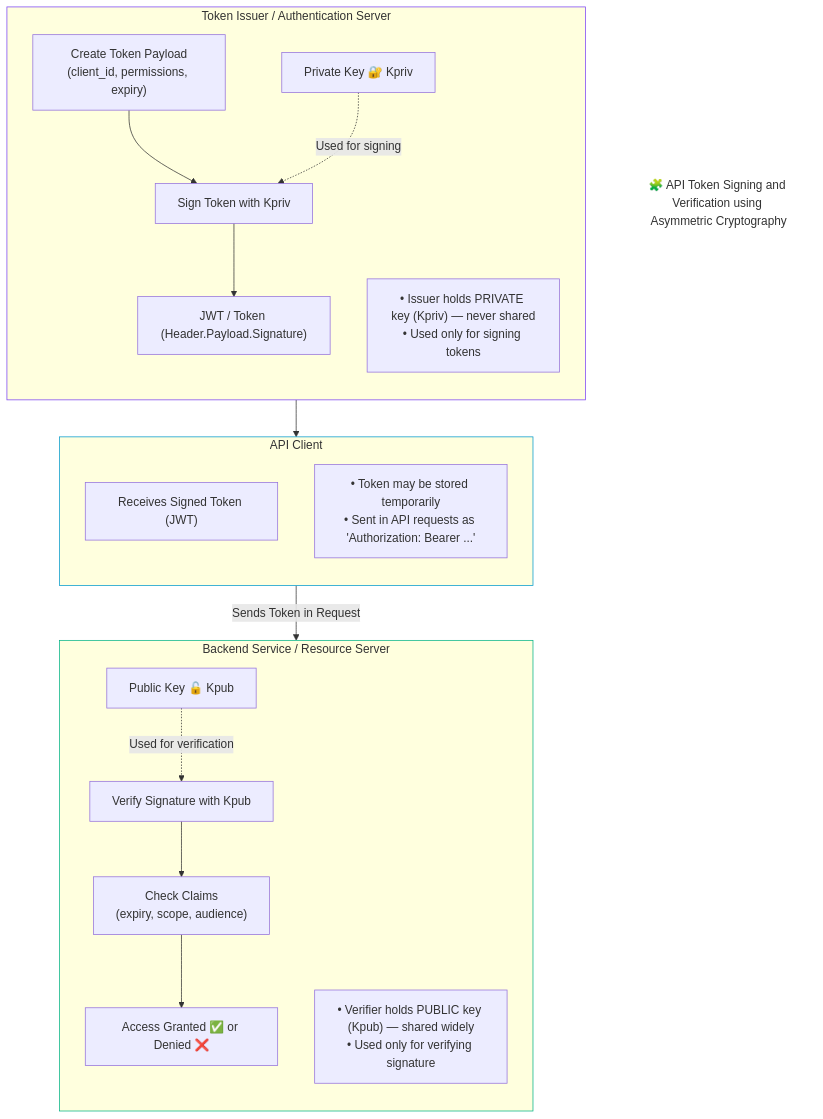
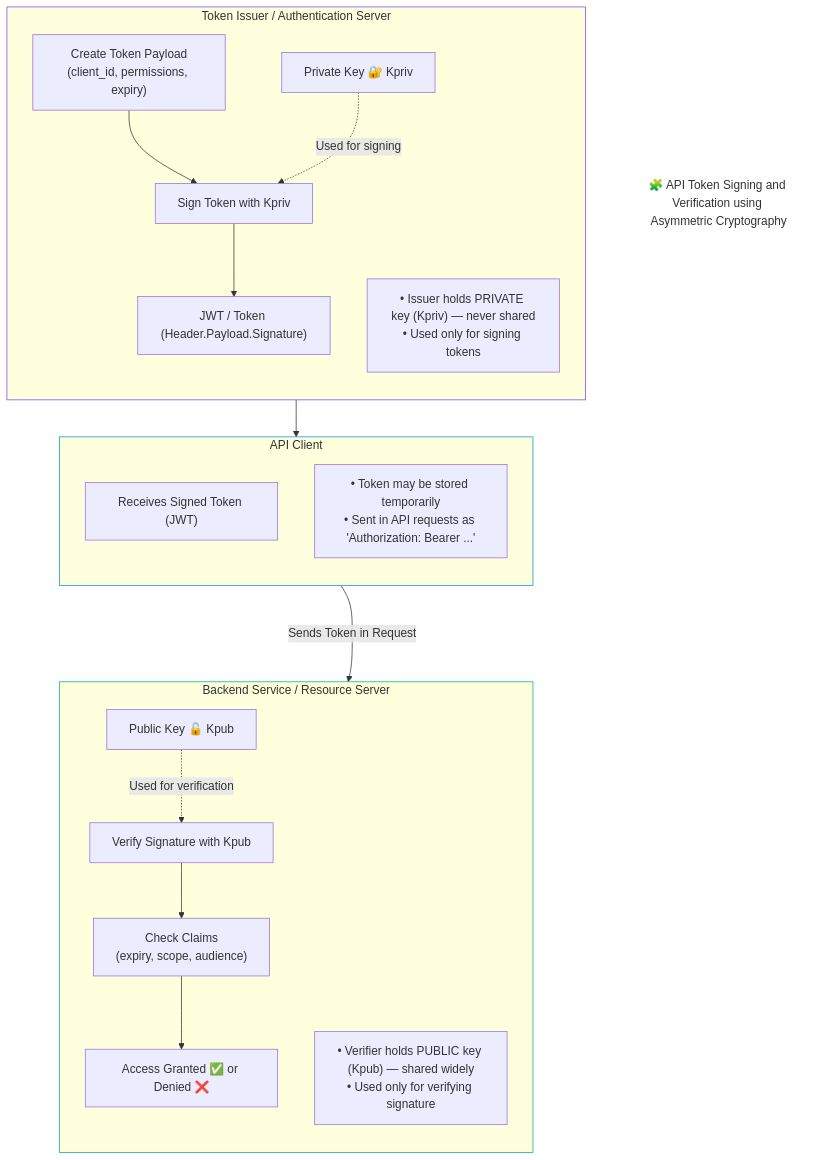
Before and after one commit to irahulsawhney/crypto-concepts: the diagram in diagrams/02-API-token-signing-verification.mmd, drawn with Mermaid.

Commit message:
Improve layout: position backend service below API client

```diff
--- a/diagrams/02-API-token-signing-verification.mmd
+++ b/diagrams/02-API-token-signing-verification.mmd
@@ -1,39 +1,42 @@
 flowchart TB
     %% Title
     Title["🧩 API Token Signing and Verification using Asymmetric Cryptography"]
 
     %% Entities
     subgraph Issuer["Token Issuer / Authentication Server"]
         direction TB
         P["Private Key 🔐 Kpriv"]
         T1["Create Token Payload<br/>(client_id, permissions, expiry)"]
         T1 --> S1["Sign Token with Kpriv"]
         P -.->|Used for signing| S1
         S1 --> J["JWT / Token (Header.Payload.Signature)"]
         INote["• Issuer holds PRIVATE key (Kpriv) — never shared<br/>• Used only for signing tokens"]
     end
 
     subgraph Consumer["API Client"]
         direction TB
         C1["Receives Signed Token (JWT)"]
         CNote["• Token may be stored temporarily<br/>• Sent in API requests as 'Authorization: Bearer ...'"]
     end
 
     subgraph Verifier["Backend Service / Resource Server"]
         direction TB
         PU["Public Key 🔓 Kpub"]
         PU -.->|Used for verification| V1["Verify Signature with Kpub"]
         V1 --> V2["Check Claims<br/>(expiry, scope, audience)"]
         V2 --> A1["Access Granted ✅ or Denied ❌"]
         VNote["• Verifier holds PUBLIC key (Kpub) — shared widely<br/>• Used only for verifying signature"]
     end
 
     %% Data Flow
     J --> C1
+    C1 ~~~ separator1[ ]
+    separator1 ~~~ Verifier
     C1 -->|Sends Token in Request| V1
 
     %% Styling
     style Issuer stroke:#7a42f4,stroke-width:1px
     style Consumer stroke:#0099cc,stroke-width:1px
     style Verifier stroke:#00b386,stroke-width:1px
     style Title fill:none,stroke:none
+    style separator1 fill:none,stroke:none
```
